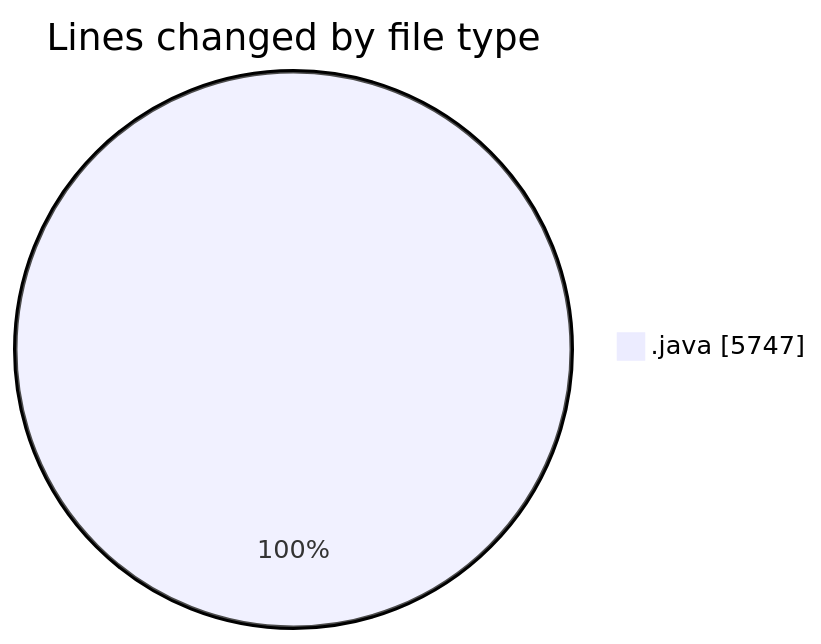
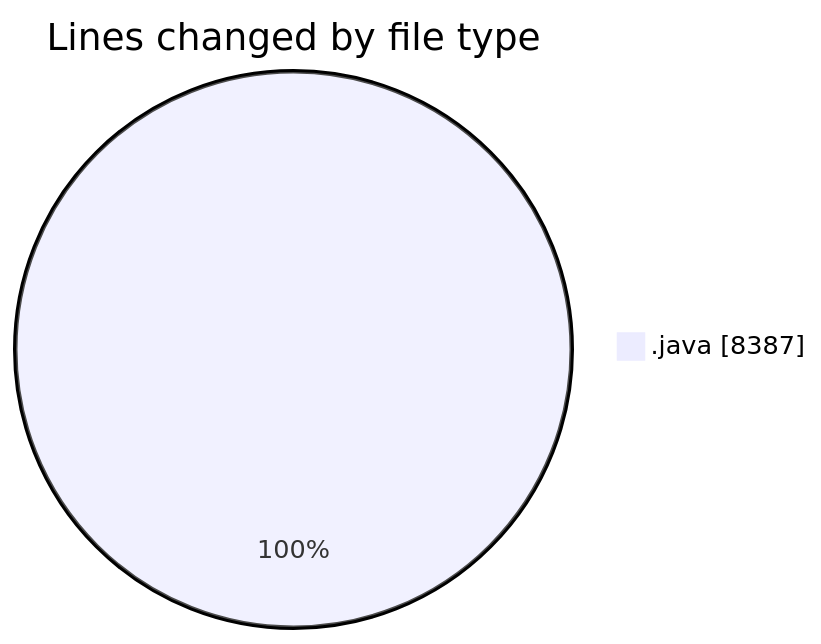
The first of 2 diagrams in 2026-11-17/cilapp/README.md (ricardozamudiocil/code-tracking), drawn with Mermaid before and after one commit. The commit also changed other lines of this file and 1 other file, not shown here.

````diff
--- a/2026-11-17/cilapp/README.md
+++ b/2026-11-17/cilapp/README.md
@@ -23,5 +24,5 @@
 ```mermaid
 pie showData
 title Lines changed by file type
-".java" : 5747
+".java" : 8387
 ```
````
